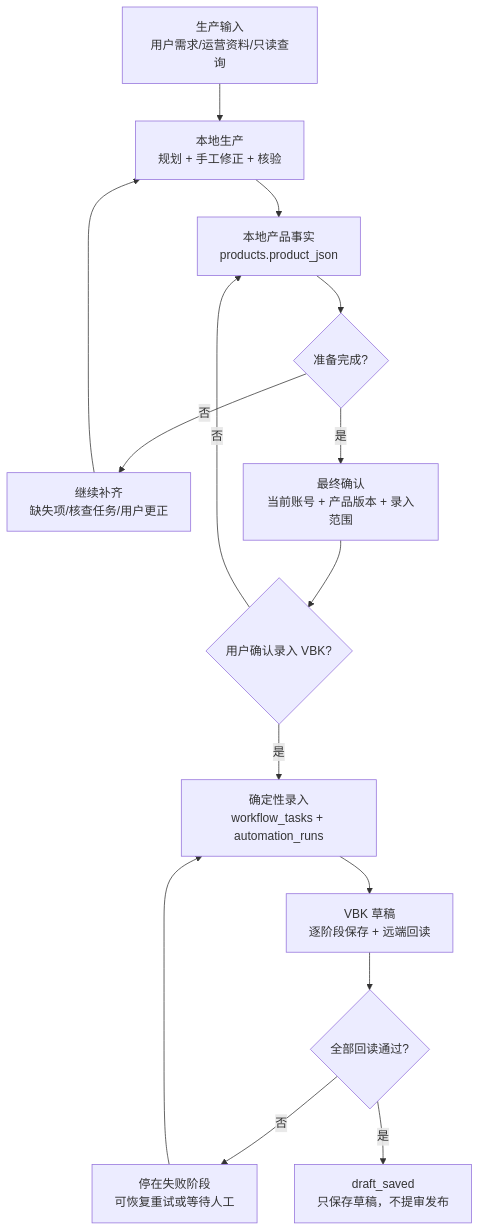
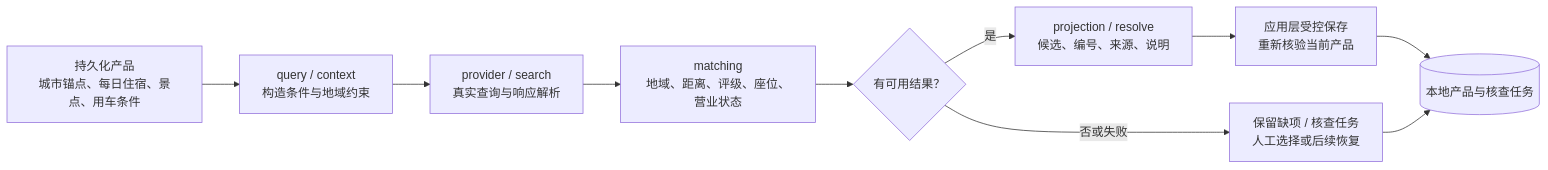
One commit to tibet30/vbk-auto changed the third of 4 diagrams in ARCHITECTURE.md. Above: the diagram before and after it, drawn with Mermaid. The commit also changed other lines of this file, not shown here.

First line of the commit message:
docs(architecture): compress ARCHITECTURE.md to overview (defer detail to audit + module docs)

````diff
--- a/ARCHITECTURE.md
+++ b/ARCHITECTURE.md
@@ -382,17 +73,12 @@
 ```mermaid
-flowchart TD
-  A["生产输入<br/>用户需求/运营资料/只读查询"] --> B["本地生产<br/>规划 + 手工修正 + 核验"]
-  B --> C["本地产品事实<br/>products.product_json"]
-  C --> D{"准备完成?"}
-  D -- "否" --> E["继续补齐<br/>缺失项/核查任务/用户更正"]
-  E --> B
-  D -- "是" --> F["最终确认<br/>当前账号 + 产品版本 + 录入范围"]
-  F --> G{"用户确认录入 VBK?"}
-  G -- "否" --> C
-  G -- "是" --> H["确定性录入<br/>workflow_tasks + automation_runs"]
-  H --> I["VBK 草稿<br/>逐阶段保存 + 远端回读"]
-  I --> J{"全部回读通过?"}
-  J -- "否" --> K["停在失败阶段<br/>可恢复重试或等待人工"]
-  K --> H
-  J -- "是" --> L["draft_saved<br/>只保存草稿，不提审发布"]
+flowchart LR
+  P["持久化产品<br/>城市锚点、每日住宿、景点、用车条件"] --> Q["query / context<br/>构造条件与地域约束"]
+  Q --> S["provider / search<br/>真实查询与响应解析"]
+  S --> M["matching<br/>地域、距离、评级、座位、营业状态"]
+  M --> G{"有可用结果？"}
+  G -->|是| PR["projection / resolve<br/>候选、编号、来源、说明"]
+  G -->|否或失败| I["保留缺项 / 核查任务<br/>人工选择或后续恢复"]
+  PR --> W["应用层受控保存<br/>重新核验当前产品"]
+  W --> DB[("本地产品与核查任务")]
+  I --> DB
 ```
````
